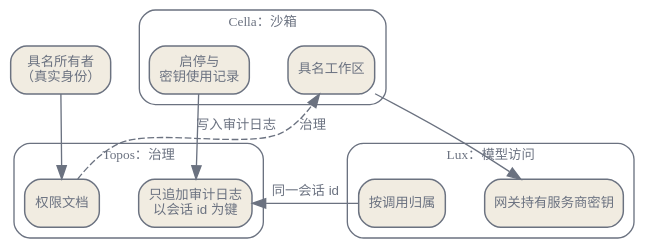
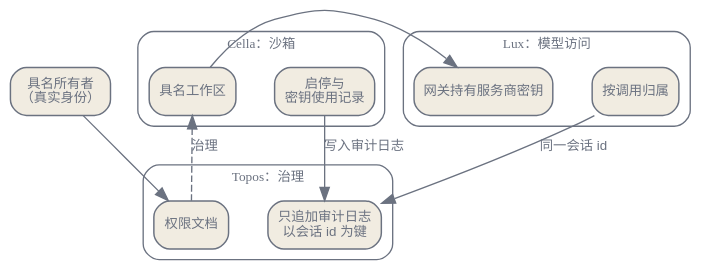
One commit to latere-ai/ai-as-an-infrastructure changed the third of 3 diagrams in zh/ecosystem/02-tooling-ecosystem.qmd. Above: the diagram before and after it, drawn with Graphviz. The commit also changed other lines of this file and 1 other file, not shown here.

Commit message:
tooling-ecosystem: reorder session-id diagram so work-to-gateway edge stops arcing over the clusters

````diff
--- a/zh/ecosystem/02-tooling-ecosystem.qmd
+++ b/zh/ecosystem/02-tooling-ecosystem.qmd
@@ -240,35 +240,35 @@
 ```{dot}
 //| label: fig-tooling-composition
 //| fig-cap: "各层围绕同一个会话 id 组合。治理读取沙箱审计日志，网关的归属索引到同一个会话 id，而一个具名所有者把这一切系到一个真实身份上。"
 digraph {
   bgcolor="transparent";
   rankdir=TB;
   nodesep=0.4; ranksep=0.5;
   node [shape=box, style="rounded,filled", fontname="Helvetica", fontsize=10, color="#6b7280", fontcolor="#6b7280", fillcolor="#f1ece1", penwidth=1.1];
   edge [fontsize=10, fontname="Helvetica", color="#6b7280", fontcolor="#6b7280"];
 
   owner [label="具名所有者\n（真实身份）"];
 
-  subgraph cluster_topos {
-    label="Topos：治理"; style=rounded; color="#6b7280"; fontcolor="#6b7280"; fontsize=10;
-    doc [label="权限文档"];
-    log [label="只追加审计日志\n以会话 id 为键"];
-  }
   subgraph cluster_cella {
     label="Cella：沙箱"; style=rounded; color="#6b7280"; fontcolor="#6b7280"; fontsize=10;
+    rec [label="启停与\n密钥使用记录"];
     work [label="具名工作区"];
-    rec [label="启停与\n密钥使用记录"];
   }
   subgraph cluster_lux {
     label="Lux：模型访问"; style=rounded; color="#6b7280"; fontcolor="#6b7280"; fontsize=10;
     gw [label="网关持有服务商密钥"];
     attr [label="按调用归属"];
+  }
+  subgraph cluster_topos {
+    label="Topos：治理"; style=rounded; color="#6b7280"; fontcolor="#6b7280"; fontsize=10;
+    doc [label="权限文档"];
+    log [label="只追加审计日志\n以会话 id 为键"];
   }
 
   owner -> doc;
   doc -> work [label="治理", style=dashed];
   rec -> log [label="写入审计日志"];
   attr -> log [label="同一会话 id"];
   work -> gw;
 }
 ```
````
